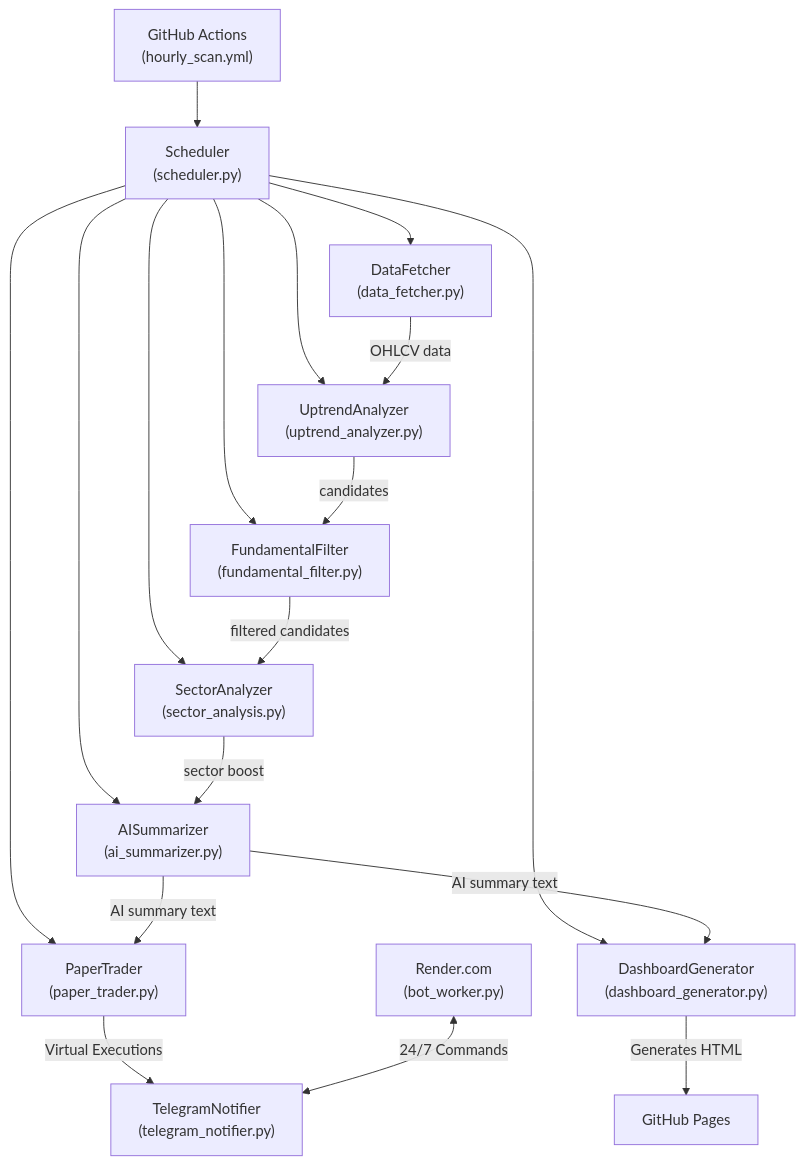
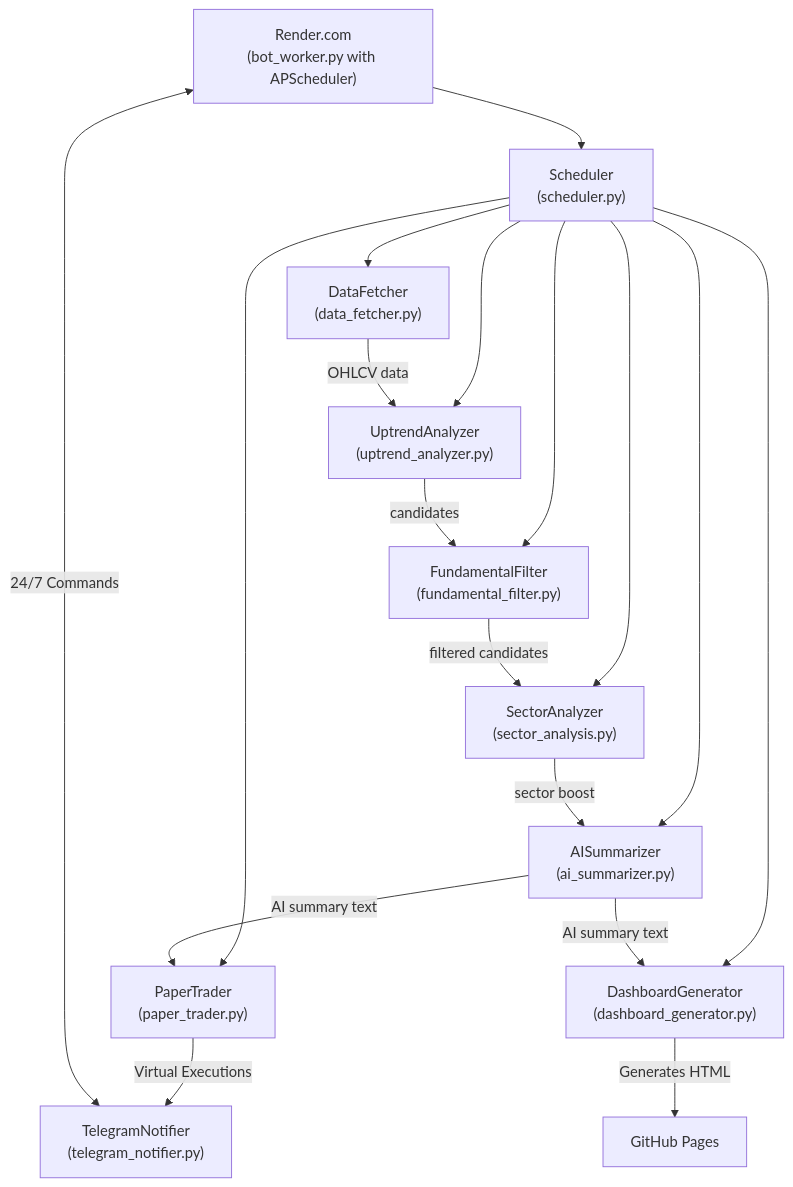
One commit to imSRAQ/Stock_screener changed the diagram in stocks_monitoring_and_notifying/walkthrough.md. Above: the diagram before and after it, drawn with Mermaid. The commit also changed other lines of this file and 1 other file, not shown here.

Commit message:
Update docs: Migration to Render and APScheduler

````diff
--- a/stocks_monitoring_and_notifying/walkthrough.md
+++ b/stocks_monitoring_and_notifying/walkthrough.md
@@ -9,23 +9,23 @@
 ```mermaid
 graph TD
-    A["GitHub Actions<br/>(hourly_scan.yml)"] --> B["Scheduler<br/>(scheduler.py)"]
+    A["Render.com<br/>(bot_worker.py with APScheduler)"] --> B["Scheduler<br/>(scheduler.py)"]
     B --> C["DataFetcher<br/>(data_fetcher.py)"]
     B --> D["UptrendAnalyzer<br/>(uptrend_analyzer.py)"]
     B --> E["FundamentalFilter<br/>(fundamental_filter.py)"]
     B --> F["SectorAnalyzer<br/>(sector_analysis.py)"]
     B --> G["AISummarizer<br/>(ai_summarizer.py)"]
     B --> H["PaperTrader<br/>(paper_trader.py)"]
     B --> I["DashboardGenerator<br/>(dashboard_generator.py)"]
     
     C -->|"OHLCV data"| D
     D -->|"candidates"| E
     E -->|"filtered candidates"| F
     F -->|"sector boost"| G
     G -->|"AI summary text"| H
     G -->|"AI summary text"| I
     
     H -->|"Virtual Executions"| J["TelegramNotifier<br/>(telegram_notifier.py)"]
     I -->|"Generates HTML"| K["GitHub Pages"]
     
-    L["Render.com<br/>(bot_worker.py)"] <-->|"24/7 Commands"| J
+    A <-->|"24/7 Commands"| J
 ```
````
